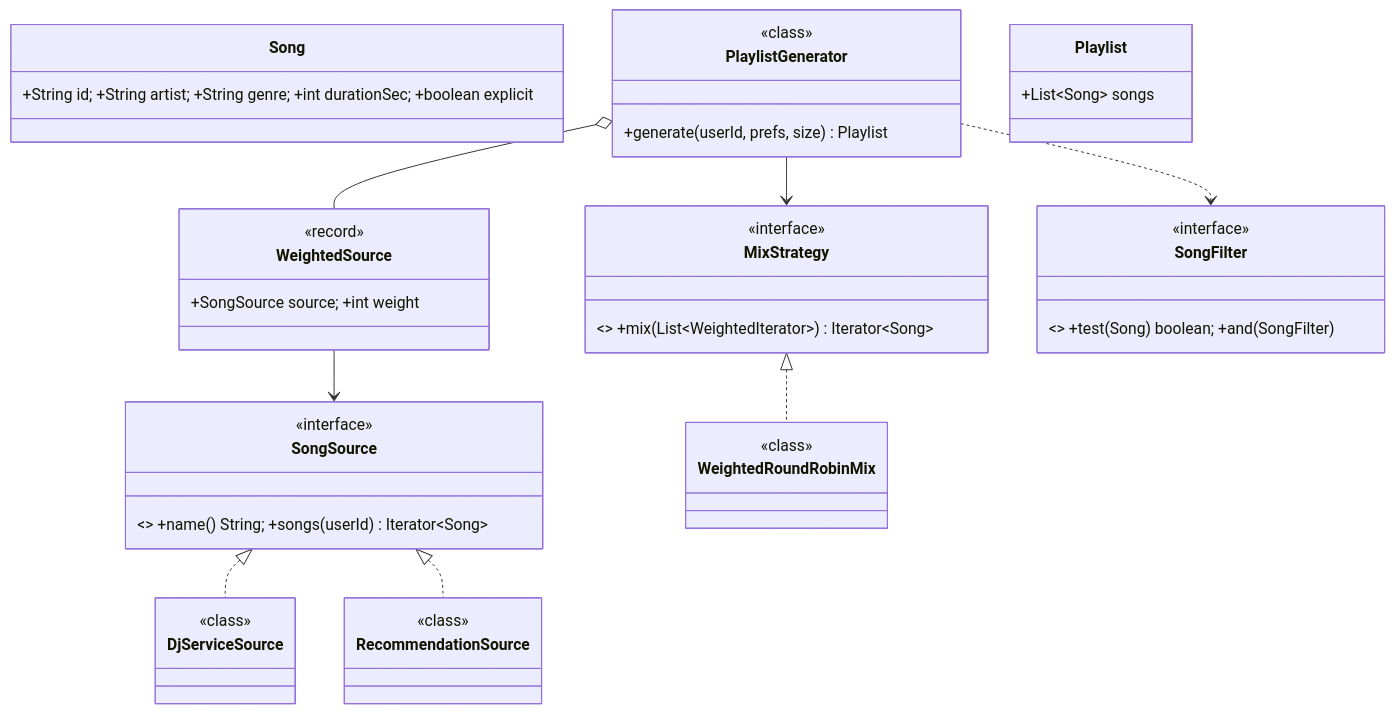
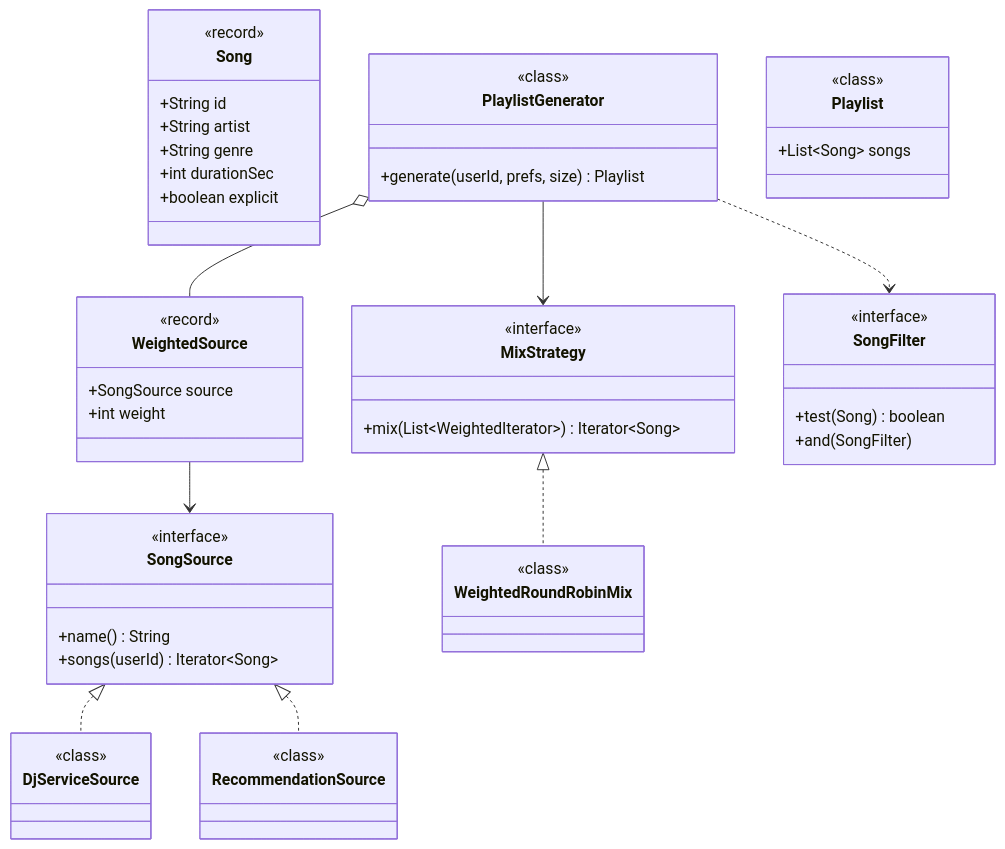
The first of 2 diagrams in system-design/lld/11-playlist-mixer.md (amarkum/amarkumar.guru), drawn with Mermaid before and after one commit. The commit also changed other lines of this file and 27 other files, not shown here.

````diff
--- a/system-design/lld/11-playlist-mixer.md
+++ b/system-design/lld/11-playlist-mixer.md
@@ -38,41 +38,67 @@
 ```mermaid
 classDiagram
-    class Song { +String id; +String artist; +String genre; +int durationSec; +boolean explicit }
-    class SongSource { <<interface>> +name() String; +songs(userId) Iterator~Song~ }
+    class Song {
+      <<record>>
+      +String id
+      +String artist
+      +String genre
+      +int durationSec
+      +boolean explicit
+    }
+    class SongSource {
+      <<interface>>
+      +name() String
+      +songs(userId) Iterator~Song~
+    }
     class DjServiceSource {
       <<class>>
     }
     class RecommendationSource {
       <<class>>
     }
-    class WeightedSource { +SongSource source; +int weight }
-    class MixStrategy { <<interface>> +mix(List~WeightedIterator~) Iterator~Song~ }
+    class WeightedSource {
+      +SongSource source
+      +int weight
+    }
+    class MixStrategy {
+      <<interface>>
+      +mix(List~WeightedIterator~) Iterator~Song~
+    }
     class WeightedRoundRobinMix {
       <<class>>
     }
-    class SongFilter { <<interface>> +test(Song) boolean; +and(SongFilter) }
-    class PlaylistGenerator { +generate(userId, prefs, size) Playlist }
-    class Playlist { +List~Song~ songs }
+    class SongFilter {
+      <<interface>>
+      +test(Song) boolean
+      +and(SongFilter)
+    }
+    class PlaylistGenerator {
+      +generate(userId, prefs, size) Playlist
+    }
+    class Playlist {
+      <<class>>
+      +List~Song~ songs
+    }
     SongSource <|.. DjServiceSource
     SongSource <|.. RecommendationSource
     MixStrategy <|.. WeightedRoundRobinMix
     PlaylistGenerator o-- WeightedSource
     PlaylistGenerator --> MixStrategy
     PlaylistGenerator ..> SongFilter
     WeightedSource --> SongSource
     class SongSource {
       <<interface>>
     }
     class PlaylistGenerator {
       <<class>>
     }
     class SongFilter {
       <<interface>>
     }
     class MixStrategy {
       <<interface>>
     }
     class WeightedSource {
       <<record>>
     }
 ```
````
